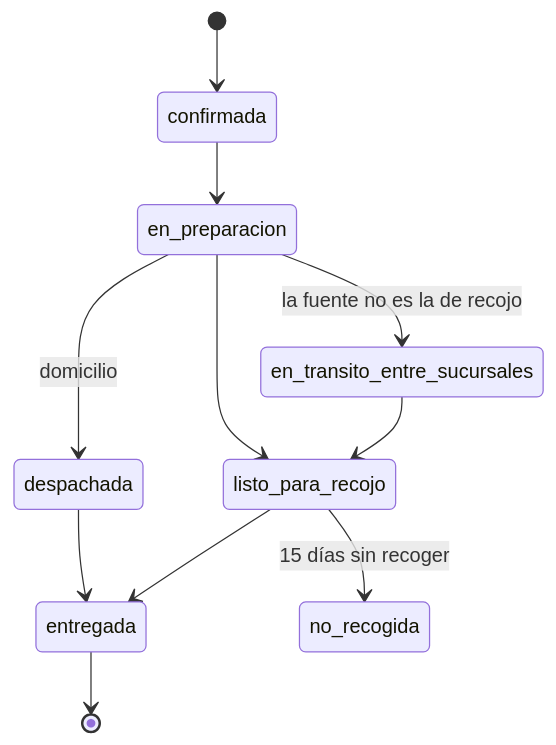
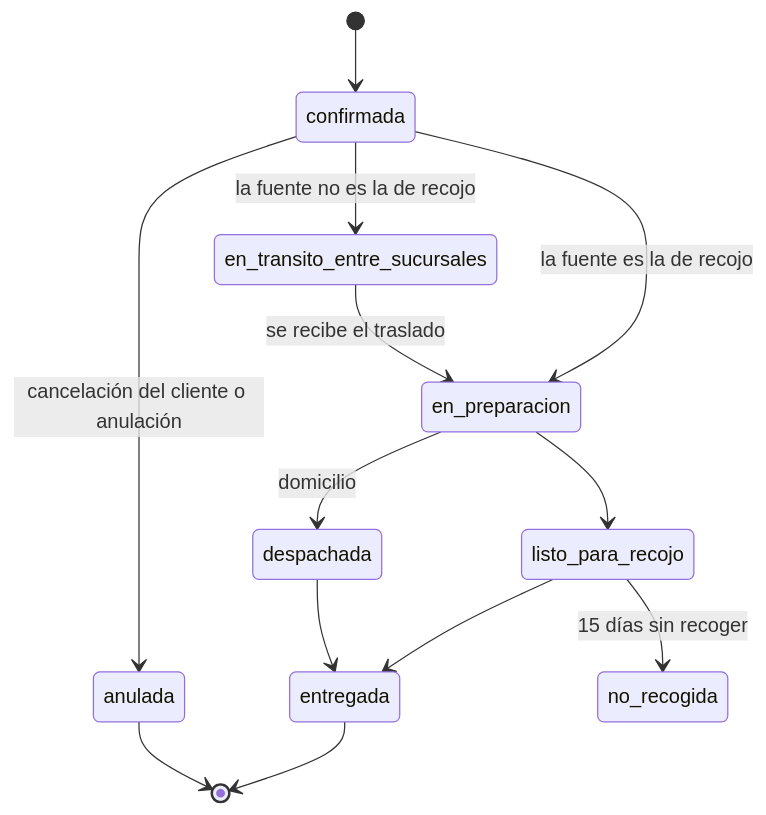
The third of 3 diagrams in docs/03-diseno-de-software/06-estados-y-concurrencia.md (P35C4D0R4B1050/BabelHub), drawn with Mermaid before and after one commit. The commit also changed other lines of this file and 4 other files, not shown here.

````diff
--- a/docs/03-diseno-de-software/06-estados-y-concurrencia.md
+++ b/docs/03-diseno-de-software/06-estados-y-concurrencia.md
@@ -42,13 +42,15 @@
 ```mermaid
 stateDiagram-v2
 [*] --> confirmada
-confirmada --> en_preparacion
-en_preparacion --> en_transito_entre_sucursales : la fuente no es la de recojo
-en_transito_entre_sucursales --> listo_para_recojo
+confirmada --> en_preparacion : la fuente es la de recojo
+confirmada --> en_transito_entre_sucursales : la fuente no es la de recojo
+en_transito_entre_sucursales --> en_preparacion : se recibe el traslado
+confirmada --> anulada : cancelación del cliente o anulación
 en_preparacion --> listo_para_recojo
 en_preparacion --> despachada : domicilio
 listo_para_recojo --> entregada
 listo_para_recojo --> no_recogida : 15 días sin recoger
 despachada --> entregada
 entregada --> [*]
+anulada --> [*]
 ```
````
